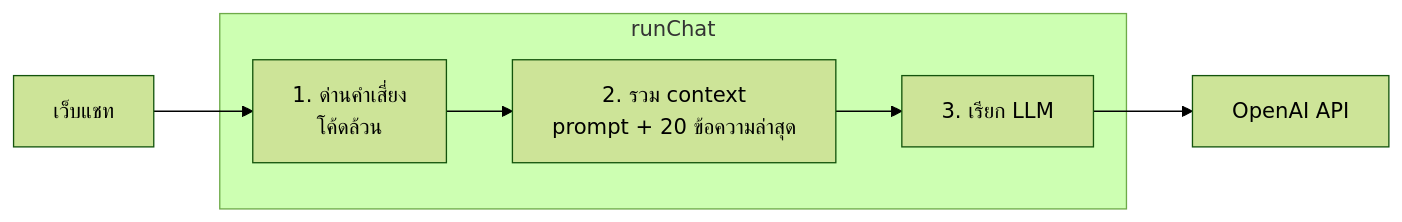
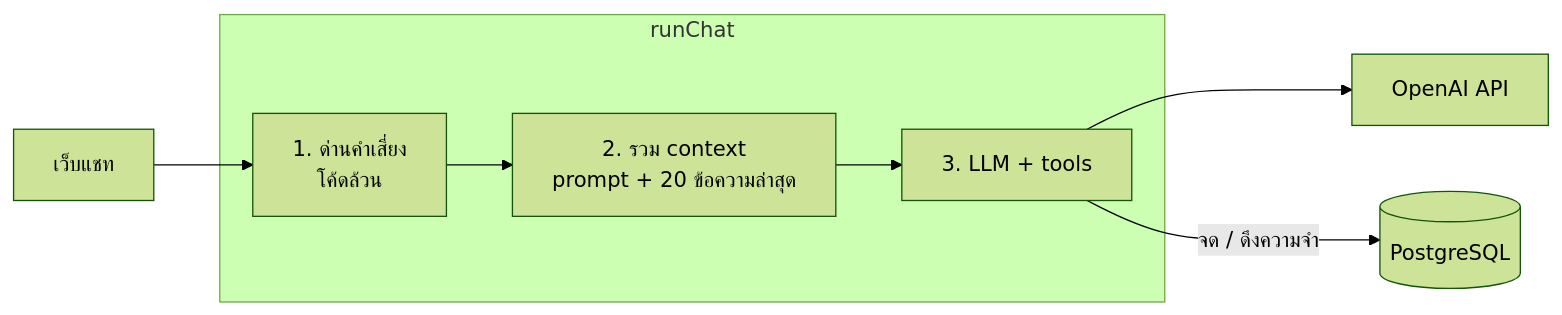
Before and after one commit to Littlebluebies/Nong-Fang: the diagram in README.md, drawn with Mermaid (forest theme). The commit also changed other lines of this file and 11 other files, not shown here.

First line of the commit message:
feat: store web chat history in PostgreSQL with new-chat and delete buttons

````diff
--- a/README.md
+++ b/README.md
@@ -21,9 +21,10 @@
 ```mermaid
 flowchart LR
   Web["เว็บแชท"] --> Safety
   subgraph runChat
     Safety["1. ด่านคำเสี่ยง<br/>โค้ดล้วน"] --> Context["2. รวม context<br/>prompt + 20 ข้อความล่าสุด"]
-    Context --> LLM["3. เรียก LLM"]
+    Context --> LLM["3. LLM + tools"]
   end
   LLM --> OpenAI["OpenAI API"]
+  LLM -- "จด / ดึงความจำ" --> DB[("PostgreSQL")]
 ```
````
